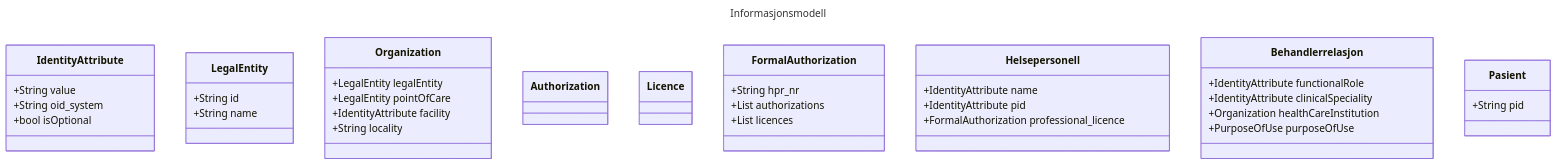
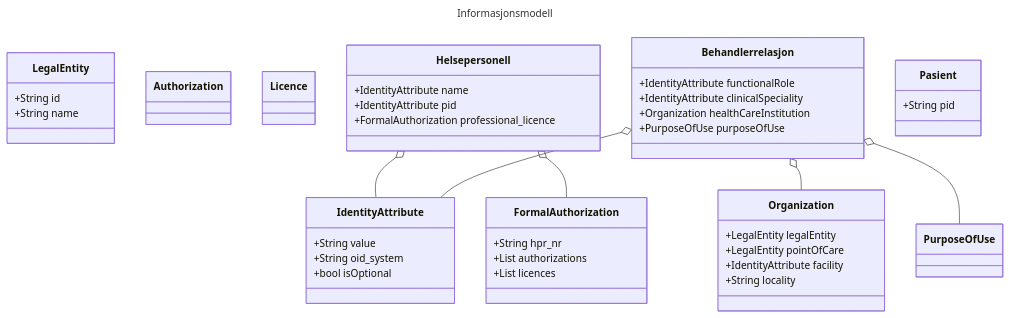
One commit to NorskHelsenett/Tillitsrammeverk changed the second of 2 diagrams in specs/informasjons_og_datamodell.md. Above: the diagram before and after it, drawn with Mermaid.

````diff
--- a/specs/informasjons_og_datamodell.md
+++ b/specs/informasjons_og_datamodell.md
@@ -177,49 +177,57 @@
 ```mermaid
 ---
 title: Informasjonsmodell
 ---
 classDiagram
 	class IdentityAttribute{
 		+String value
 		+String oid_system
 		+bool isOptional		
 	}	
 	class LegalEntity{
 		+String id
 		+String name		
 	}
 	class Organization{
 		+LegalEntity legalEntity
 		+LegalEntity pointOfCare
 		+IdentityAttribute facility
 		+String locality
 	}
 	class Authorization{
 	}
 	
 	class Licence{
 	}
 	
 	class FormalAuthorization{
 		+String hpr_nr
 		+List<Authorization> authorizations
 		+List<Licence> licences
 	}
 	
 	class Helsepersonell{
 		+IdentityAttribute name
 		+IdentityAttribute pid
 		+FormalAuthorization professional_licence
 	}
 		
 	class Behandlerrelasjon{
 		+IdentityAttribute functionalRole
 		+IdentityAttribute clinicalSpeciality
 		+Organization healthCareInstitution
 		+PurposeOfUse purposeOfUse
 	}
 	
 	class Pasient{
 		+String pid
 	}
+	
+	Helsepersonell o-- IdentityAttribute
+	Helsepersonell o-- FormalAuthorization
+	Behandlerrelasjon o-- IdentityAttribute
+	Behandlerrelasjon o-- Organization
+	Behandlerrelasjon o-- PurposeOfUse
+	
+	
 ```
````
